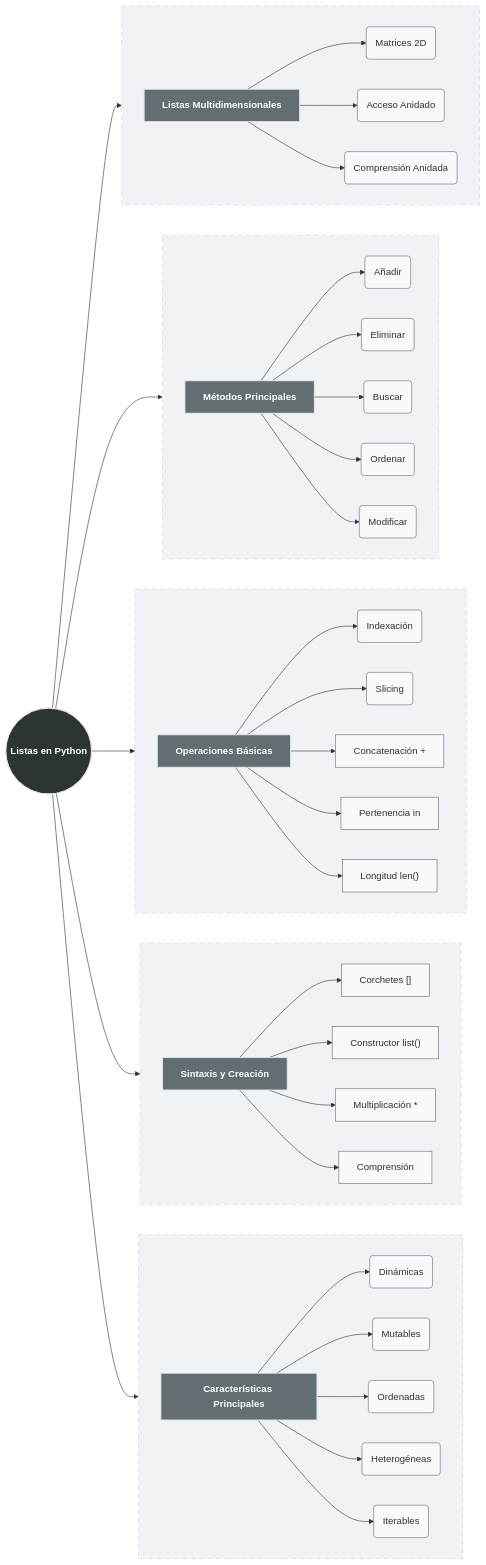
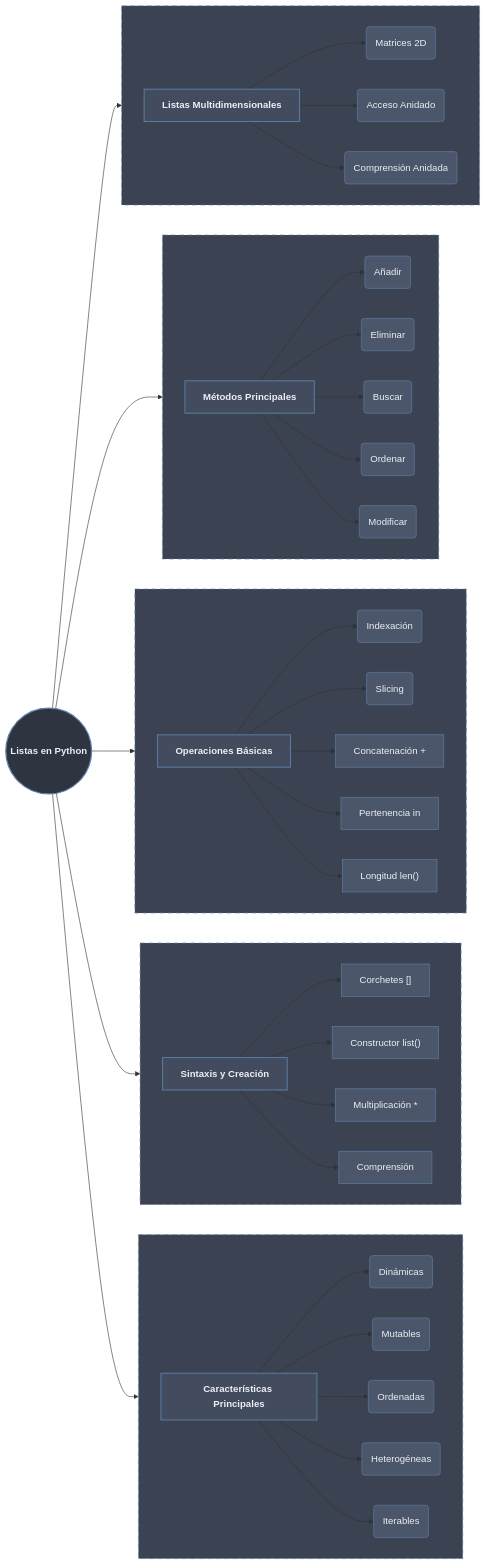
One commit to Pineapple-Mikael-Engineer/Python_Obsidian changed the diagram in 100 Programación Orientada a Procesos/30 Estructura de Datos/01 Listas.md. Above: the diagram before and after it, drawn with Mermaid. The commit also changed 9 other files, not shown here.

Commit message:
fix: Arreglar Graficos Mermaid a Estandar

````diff
--- a/100 Programación Orientada a Procesos/30 Estructura de Datos/01 Listas.md
+++ b/100 Programación Orientada a Procesos/30 Estructura de Datos/01 Listas.md
@@ -7,67 +7,67 @@
 ```mermaid
 flowchart LR
-    classDef principal fill:#2d3436,stroke:#dfe6e9,stroke-width:2px,color:#ffffff,font-weight:bold;
-    classDef categoria fill:#636e72,stroke:#dfe6e9,stroke-width:1.5px,color:#ffffff,font-weight:bold;
-    classDef tipo fill:#f9f9f9,stroke:#636e72,stroke-width:1px,color:#2d3436;
+    classDef principal fill:#2e3440,stroke:#5e81ac,stroke-width:2px,color:#eceff4,font-weight:bold;
+    classDef categoria fill:#434c5e,stroke:#5e81ac,stroke-width:1.5px,color:#eceff4,font-weight:bold;
+    classDef tipo fill:#4c566a,stroke:#5e81ac,stroke-width:1px,color:#eceff4;
 
     A((Listas en Python)):::principal
 
     A --> B[Características Principales]:::categoria
 
     subgraph G1 [ ]
         direction LR
         B --> B1(Dinámicas):::tipo
         B --> B2(Mutables):::tipo
         B --> B3(Ordenadas):::tipo
         B --> B4(Heterogéneas):::tipo
         B --> B5(Iterables):::tipo
     end
 
     A --> C[Sintaxis y Creación]:::categoria
 
     subgraph G2 [ ]
         direction LR
         C --> C1["Corchetes []"]:::tipo
         C --> C2["Constructor list()"]:::tipo
         C --> C3["Multiplicación *"]:::tipo
         C --> C4["Comprensión"]:::tipo
     end
 
     A --> D[Operaciones Básicas]:::categoria
 
     subgraph G3 [ ]
         direction LR
         D --> D1(Indexación):::tipo
         D --> D2(Slicing):::tipo
         D --> D3["Concatenación +"]:::tipo
         D --> D4["Pertenencia in"]:::tipo
         D --> D5["Longitud len()"]:::tipo
     end
 
     A --> E[Métodos Principales]:::categoria
 
     subgraph G4 [ ]
         direction LR
         E --> E1(Añadir):::tipo
         E --> E2(Eliminar):::tipo
         E --> E3(Buscar):::tipo
         E --> E4(Ordenar):::tipo
         E --> E5(Modificar):::tipo
     end
 
     A --> F[Listas Multidimensionales]:::categoria
 
     subgraph G5 [ ]
         direction LR
         F --> F1(Matrices 2D):::tipo
         F --> F2(Acceso Anidado):::tipo
         F --> F3(Comprensión Anidada):::tipo
     end
 
-    style G1 fill:#f1f2f6,stroke:#ced4da,stroke-dasharray:8 6
-    style G2 fill:#f1f2f6,stroke:#ced4da,stroke-dasharray:8 6
-    style G3 fill:#f1f2f6,stroke:#ced4da,stroke-dasharray:8 6
-    style G4 fill:#f1f2f6,stroke:#ced4da,stroke-dasharray:8 6
-    style G5 fill:#f1f2f6,stroke:#ced4da,stroke-dasharray:8 6
+    style G1 fill:#3b4252,stroke:#5e81ac,stroke-dasharray:8 6
+    style G2 fill:#3b4252,stroke:#5e81ac,stroke-dasharray:8 6
+    style G3 fill:#3b4252,stroke:#5e81ac,stroke-dasharray:8 6
+    style G4 fill:#3b4252,stroke:#5e81ac,stroke-dasharray:8 6
+    style G5 fill:#3b4252,stroke:#5e81ac,stroke-dasharray:8 6
 
 ```
````
